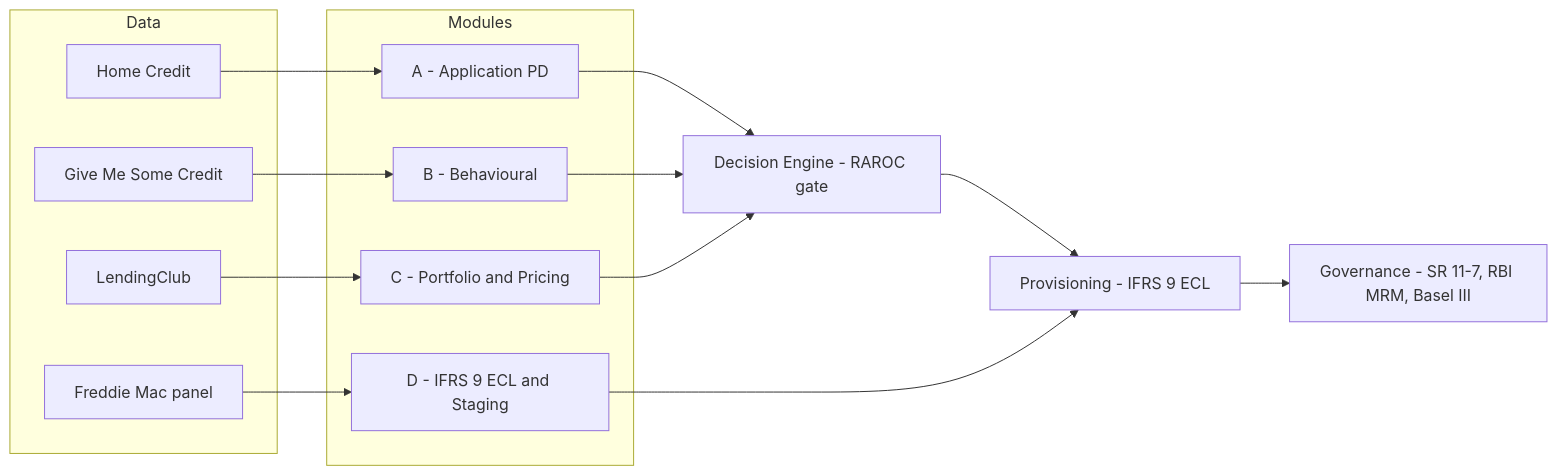
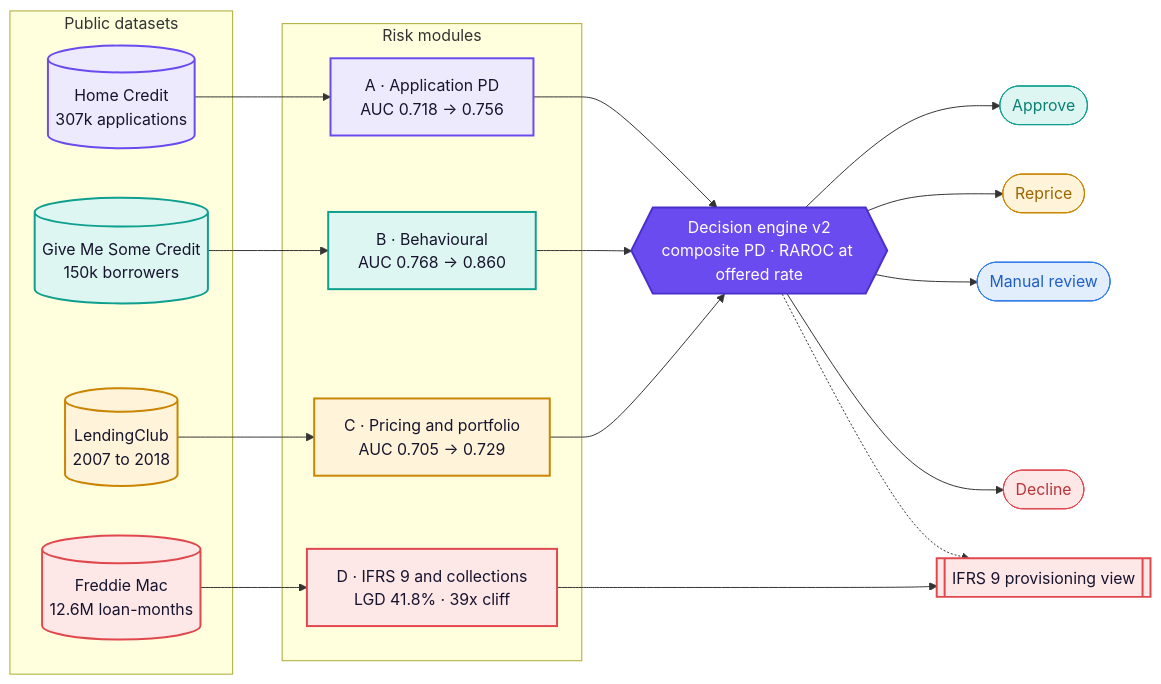
The diagram in README.md (hiralsarkar/AI-Credit-Intelligence-System), drawn with Mermaid before and after one commit. The commit also changed other lines of this file and 5 other files, not shown here.

First line of the commit message:
Redesign README and host Credit Decision Studio on Vercel

````diff
--- a/README.md
+++ b/README.md
@@ -35,29 +82,52 @@
 ```mermaid
 flowchart LR
-  subgraph Data
-    D1[Home Credit]
-    D2[Give Me Some Credit]
-    D3[LendingClub]
-    D4[Freddie Mac panel]
+  subgraph DATA[" Public datasets "]
+    D1[(Home Credit<br/>307k applications)]
+    D2[(Give Me Some Credit<br/>150k borrowers)]
+    D3[(LendingClub<br/>2007 to 2018)]
+    D4[(Freddie Mac<br/>12.6M loan-months)]
   end
-  subgraph Modules
-    A[A - Application PD]
-    B[B - Behavioural]
-    C[C - Portfolio and Pricing]
-    E[D - IFRS 9 ECL and Staging]
+  subgraph MODELS[" Risk modules "]
+    A[A · Application PD<br/>AUC 0.718 → 0.756]
+    B[B · Behavioural<br/>AUC 0.768 → 0.860]
+    C[C · Pricing and portfolio<br/>AUC 0.705 → 0.729]
+    E[D · IFRS 9 and collections<br/>LGD 41.8% · 39x cliff]
   end
-  G[Decision Engine - RAROC gate]
-  P[Provisioning - IFRS 9 ECL]
-  GV[Governance - SR 11-7, RBI MRM, Basel III]
+  G{{Decision engine v2<br/>composite PD · RAROC at offered rate}}
+  O1([Approve])
+  O2([Reprice])
+  O3([Manual review])
+  O4([Decline])
+  P[[IFRS 9 provisioning view]]
 
   D1 --> A
   D2 --> B
   D3 --> C
   D4 --> E
   A --> G
   B --> G
   C --> G
-  G --> P
   E --> P
-  P --> GV
+  G --> O1 & O2 & O3 & O4
+  G -.-> P
+
+  classDef a fill:#EEEAFE,stroke:#6A4BEF,color:#17142E,stroke-width:2px
+  classDef b fill:#DDF6F2,stroke:#0E9F8E,color:#17142E,stroke-width:2px
+  classDef c fill:#FFF4D9,stroke:#C98500,color:#17142E,stroke-width:2px
+  classDef d fill:#FDE7E7,stroke:#E0484D,color:#17142E,stroke-width:2px
+  classDef eng fill:#6A4BEF,stroke:#4B2FC9,color:#FFFFFF,stroke-width:2px
+  classDef ok fill:#DDF6F2,stroke:#0E9F8E,color:#0B7F72
+  classDef rp fill:#FFF4D9,stroke:#C98500,color:#9A6600
+  classDef rv fill:#E3EEFD,stroke:#2F7BEA,color:#1F5FC4
+  classDef no fill:#FDE7E7,stroke:#E0484D,color:#B8343A
+  classDef data fill:#FFFFFF,stroke:#D3CEE6,color:#3B3856
+  class A,D1 a
+  class B,D2 b
+  class C,D3 c
+  class E,D4,P d
+  class G eng
+  class O1 ok
+  class O2 rp
+  class O3 rv
+  class O4 no
 ```
````
